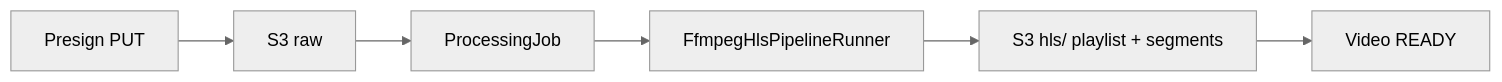
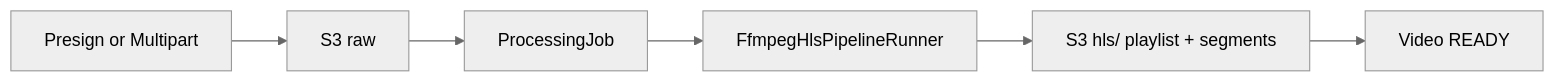
The diagram in docs/media/PIPELINE.md (KienCuongSoftware/Vibely), drawn with Mermaid (neutral theme) before and after one commit. The commit also changed other lines of this file and 18 other files, not shown here.

````diff
--- a/docs/media/PIPELINE.md
+++ b/docs/media/PIPELINE.md
@@ -13,8 +13,8 @@
 ```mermaid
 flowchart LR
-  A[Presign PUT] --> B[S3 raw]
+  A[Presign or Multipart] --> B[S3 raw]
   B --> C[ProcessingJob]
   C --> D[FfmpegHlsPipelineRunner]
   D --> E[S3 hls/ playlist + segments]
   E --> F[Video READY]
 ```
````
